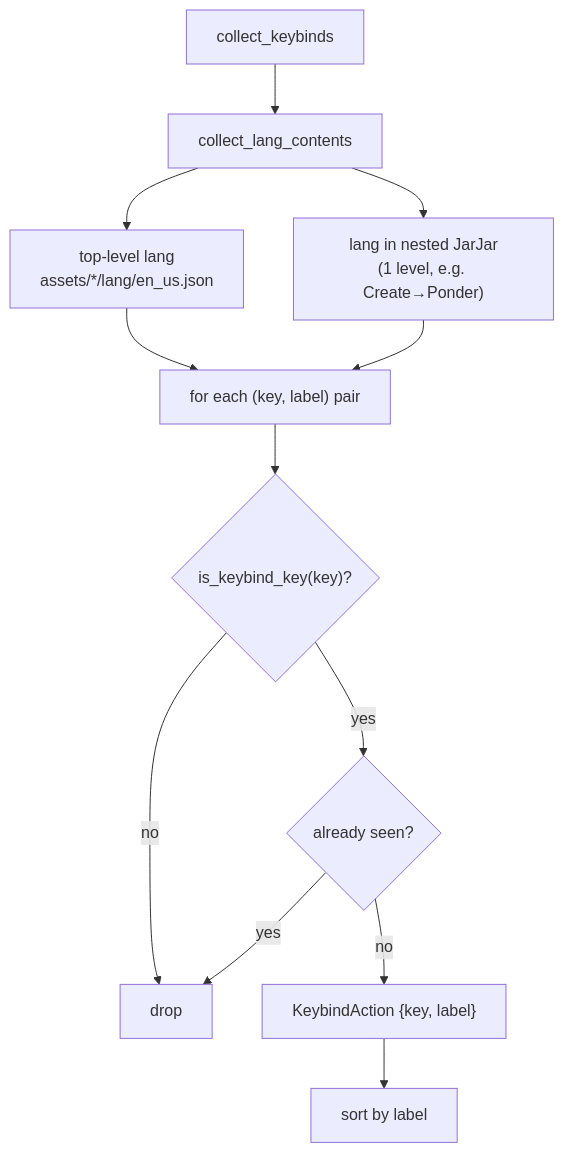
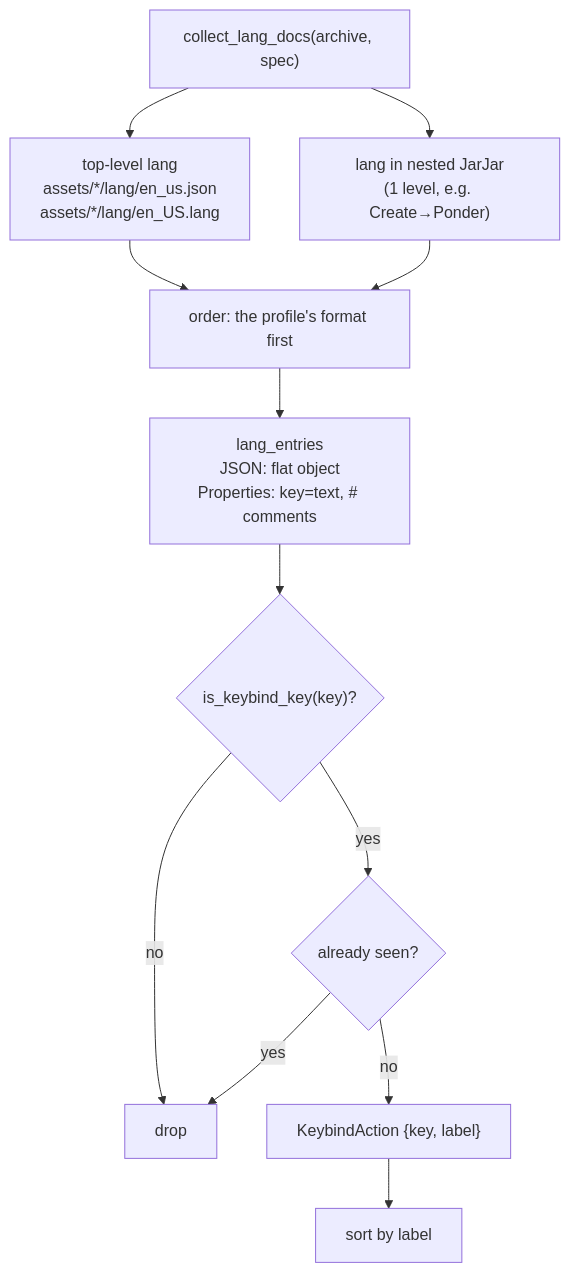
One commit to Alexkill536ITA/ForgeModpack changed the fifth of 5 diagrams in docs/en/technical/06-scansione.md. Above: the diagram before and after it, drawn with Mermaid. The commit also changed other lines of this file and 21 other files, not shown here.

````diff
--- a/docs/en/technical/06-scansione.md
+++ b/docs/en/technical/06-scansione.md
@@ -92,14 +158,14 @@
 ```mermaid
 flowchart TD
-    CK["collect_keybinds"] --> CL["collect_lang_contents"]
-    CL --> Top["top-level lang<br/>assets/*/lang/en_us.json"]
+    CL["collect_lang_docs(archive, spec)"] --> Top["top-level lang<br/>assets/*/lang/en_us.json<br/>assets/*/lang/en_US.lang"]
     CL --> JJ["lang in nested JarJar<br/>(1 level, e.g. Create→Ponder)"]
-    Top --> Filter
-    JJ --> Filter
-    Filter["for each (key, label) pair"] --> Test{"is_keybind_key(key)?"}
+    Top --> Ord
+    JJ --> Ord
+    Ord["order: the profile's format first"] --> Parse["lang_entries<br/>JSON: flat object<br/>Properties: key=text, # comments"]
+    Parse --> Test{"is_keybind_key(key)?"}
     Test -->|no| Skip["drop"]
     Test -->|yes| Dedup{"already seen?"}
     Dedup -->|yes| Skip
     Dedup -->|no| Add["KeybindAction {key, label}"]
     Add --> Sort["sort by label"]
 ```
````
